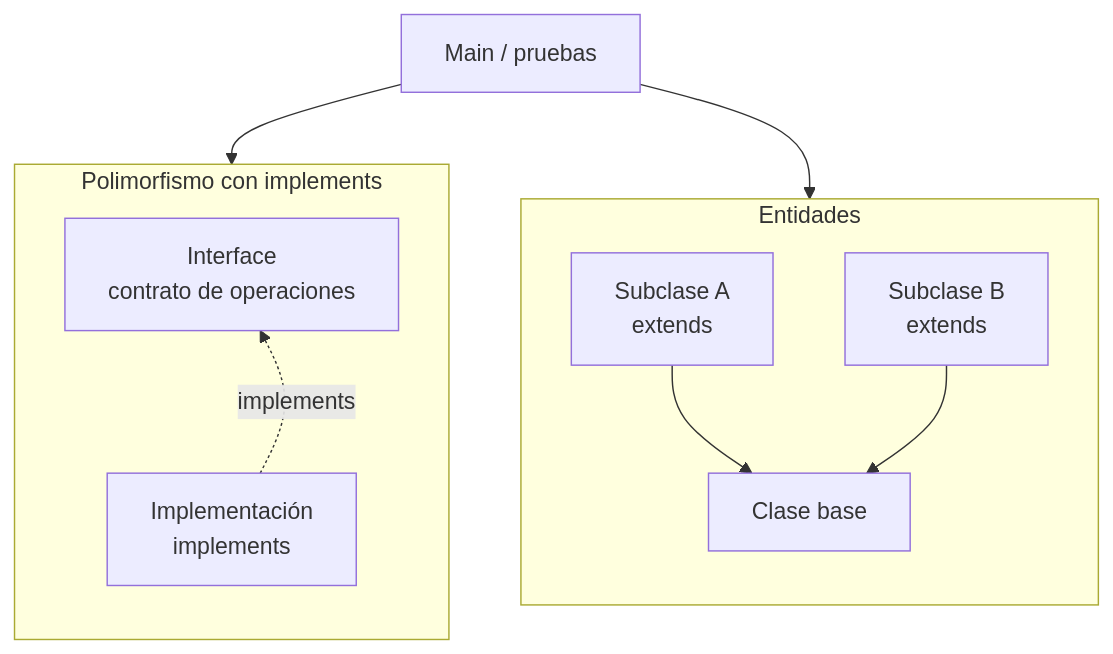
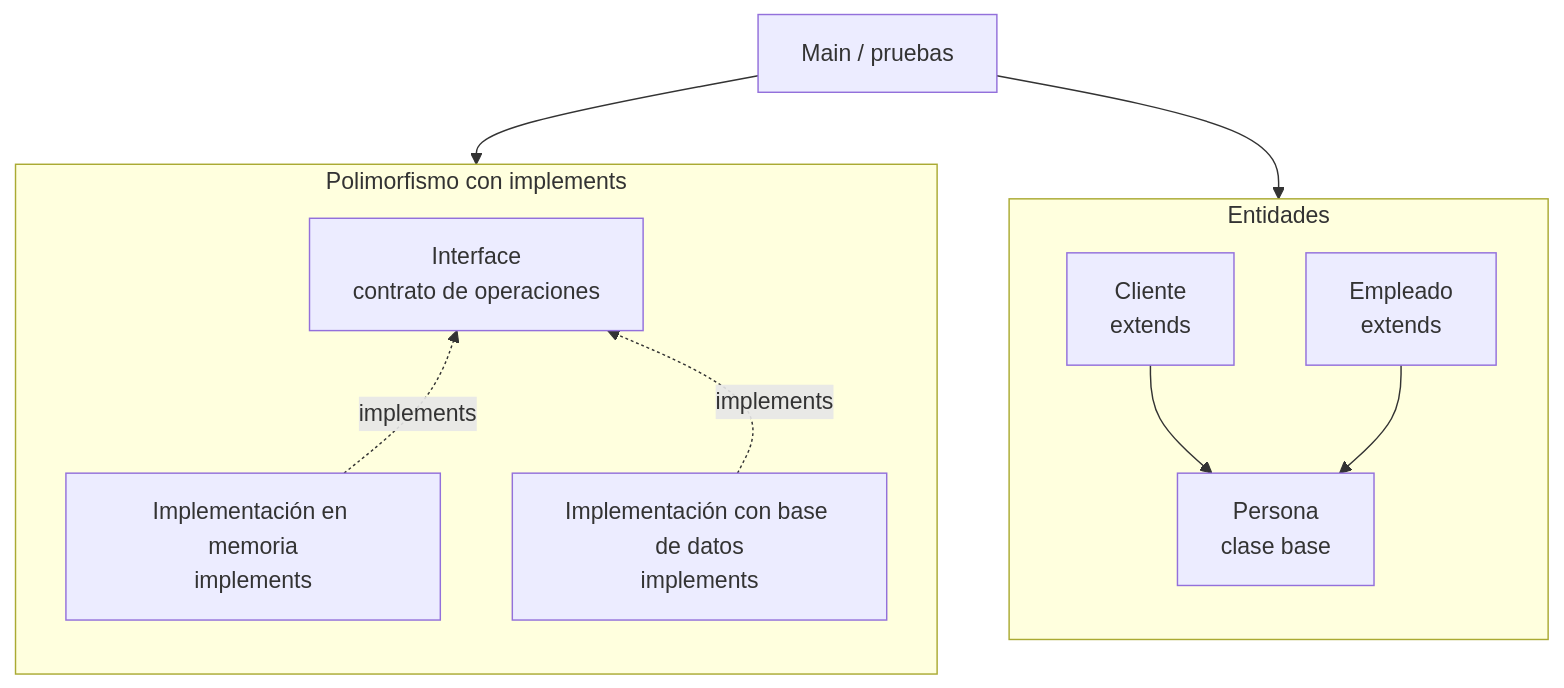
The diagram in docs/S04_Herencia_Polimorfismo.md (262poo/comarket), drawn with Mermaid before and after one commit. The commit also changed other lines of this file and 1 other file, not shown here.

````diff
--- a/docs/S04_Herencia_Polimorfismo.md
+++ b/docs/S04_Herencia_Polimorfismo.md
@@ -61,24 +61,27 @@
 ```mermaid
 flowchart TB
     subgraph Entidades["Entidades"]
         direction TB
-        Base["Clase base"]
-        SubA["Subclase A<br/>extends"]
-        SubB["Subclase B<br/>extends"]
+        Base["Persona<br/>clase base"]
+        SubA["Cliente<br/>extends"]
+        SubB["Empleado<br/>extends"]
     end
 
     subgraph Polimorfismo["Polimorfismo con implements"]
         direction TB
         Contrato["Interface<br/>contrato de operaciones"]
-        Implementacion["Implementación<br/>implements"]
+        ImplementacionMemoria["Implementación en memoria<br/>implements"]
+        ImplementacionBD["Implementación con base de datos<br/>implements"]
     end
 
     Main["Main / pruebas"]
 
     SubA --> Base
     SubB --> Base
-    Contrato ~~~ Implementacion
-    Implementacion -. implements .-> Contrato
+    Contrato ~~~ ImplementacionMemoria
+    Contrato ~~~ ImplementacionBD
+    ImplementacionMemoria -. implements .-> Contrato
+    ImplementacionBD -. implements .-> Contrato
     Main --> Base
     Main --> Contrato
 ```
````
